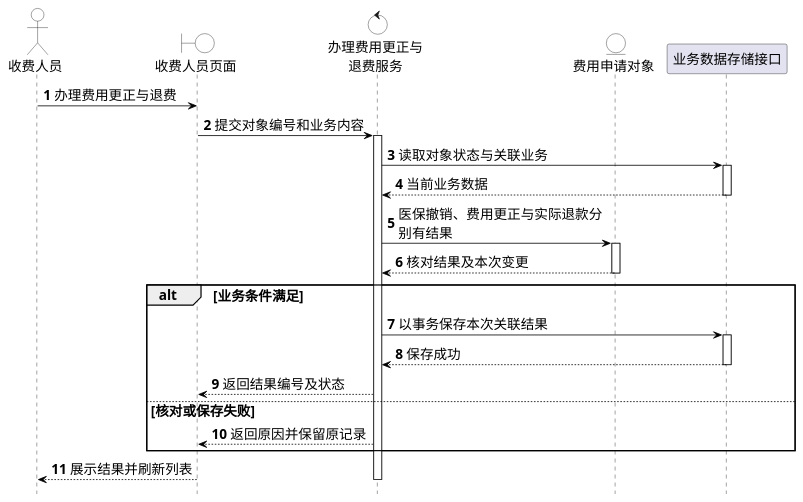
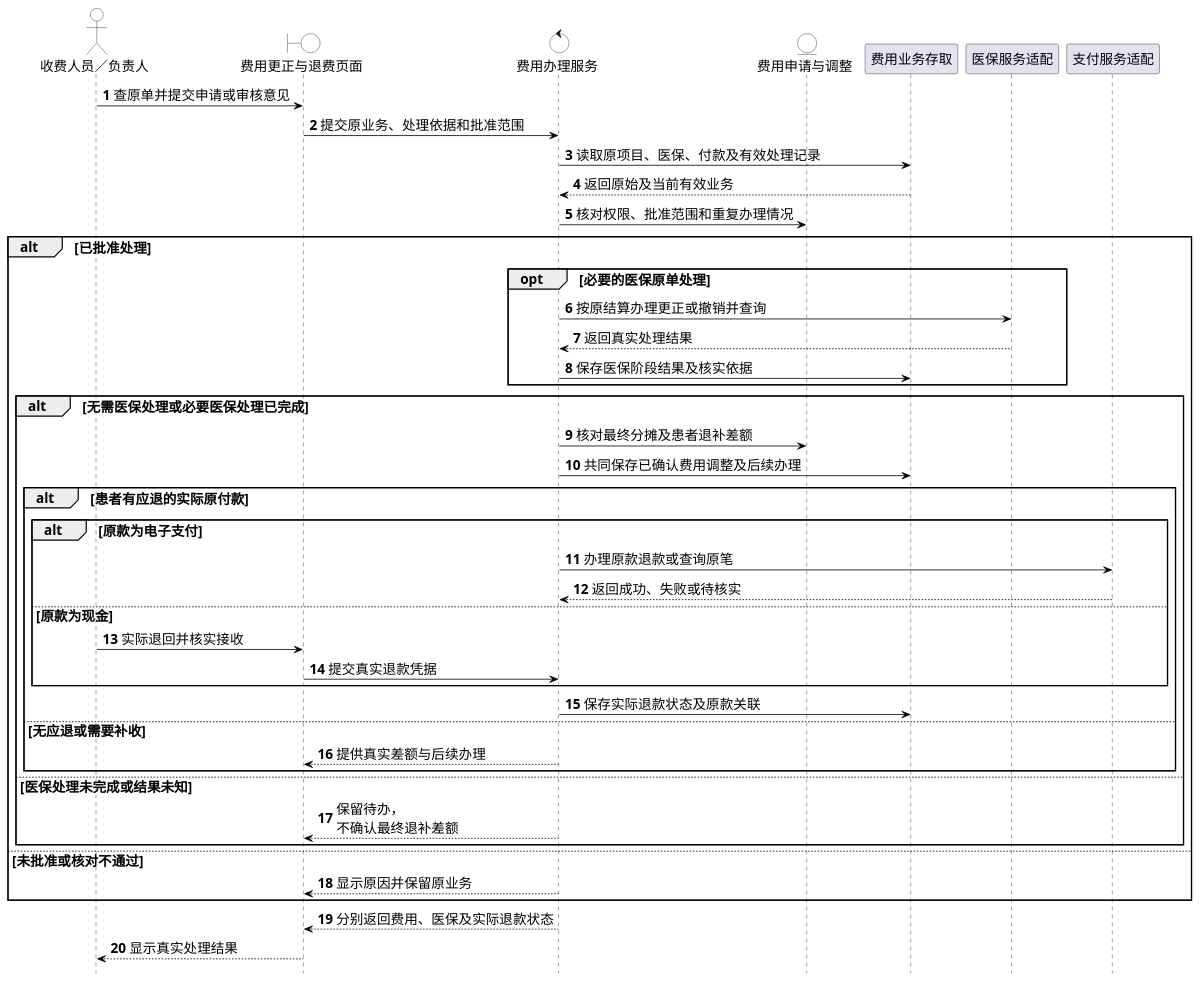
One commit to Shawmc-creator/systemAnalyseAndDesign changed the diagram in 01-需求文档/diagrams/integrated-20261019/design-seq-14.puml. Above: the diagram before and after it, drawn with PlantUML. The commit also changed 53 other files, not shown here.

```diff
--- a/01-需求文档/diagrams/integrated-20261019/design-seq-14.puml
+++ b/01-需求文档/diagrams/integrated-20261019/design-seq-14.puml
@@ -1,48 +1,62 @@
 @startuml
 skinparam backgroundColor white
 skinparam shadowing false
 skinparam defaultFontName SimSun
 skinparam defaultFontSize 17
 skinparam ArrowColor black
 skinparam ClassBackgroundColor white
 skinparam ActorBackgroundColor white
 skinparam BoundaryBackgroundColor white
 skinparam ControlBackgroundColor white
 skinparam EntityBackgroundColor white
 skinparam NoteBackgroundColor white
 skinparam NoteBorderColor black
 skinparam classAttributeIconSize 0
 skinparam nodesep 24
 skinparam ranksep 34
 hide footbox
 autonumber
-skinparam maxMessageSize 150
-actor "收费人员" as A
-boundary "收费人员页面" as P
-control "办理费用更正与\n退费服务" as S
-entity "费用申请对象" as E
-participant "业务数据存储接口" as R
-A -> P : 办理费用更正与退费
-P -> S : 提交对象编号和业务内容
-activate S
-S -> R : 读取对象状态与关联业务
-activate R
-R --> S : 当前业务数据
-deactivate R
-S -> E : 医保撤销、费用更正与实际退款分\n别有结果
-activate E
-E --> S : 核对结果及本次变更
-deactivate E
-alt 业务条件满足
-S -> R : 以事务保存本次关联结果
-activate R
-R --> S : 保存成功
-deactivate R
-S --> P : 返回结果编号及状态
-else 核对或保存失败
-S --> P : 返回原因并保留原记录
+skinparam maxMessageSize 145
+actor "收费人员／负责人" as A
+boundary "费用更正与退费页面" as P
+control "费用办理服务" as S
+entity "费用申请与调整" as C
+participant "费用业务存取" as R
+participant "医保服务适配" as I
+participant "支付服务适配" as Pay
+A -> P : 查原单并提交申请或审核意见
+P -> S : 提交原业务、处理依据和批准范围
+S -> R : 读取原项目、医保、付款及有效处理记录
+R --> S : 返回原始及当前有效业务
+S -> C : 核对权限、批准范围和重复办理情况
+alt 已批准处理
+ opt 必要的医保原单处理
+  S -> I : 按原结算办理更正或撤销并查询
+  I --> S : 返回真实处理结果
+  S -> R : 保存医保阶段结果及核实依据
+ end
+ alt 无需医保处理或必要医保处理已完成
+  S -> C : 核对最终分摊及患者退补差额
+  S -> R : 共同保存已确认费用调整及后续办理
+  alt 患者有应退的实际原付款
+   alt 原款为电子支付
+    S -> Pay : 办理原款退款或查询原笔
+    Pay --> S : 返回成功、失败或待核实
+   else 原款为现金
+    A -> P : 实际退回并核实接收
+    P -> S : 提交真实退款凭据
+   end
+   S -> R : 保存实际退款状态及原款关联
+  else 无应退或需要补收
+   S --> P : 提供真实差额与后续办理
+  end
+ else 医保处理未完成或结果未知
+  S --> P : 保留待办，不确认最终退补差额
+ end
+else 未批准或核对不通过
+ S --> P : 显示原因并保留原业务
 end
-P --> A : 展示结果并刷新列表
-deactivate S
+S --> P : 分别返回费用、医保及实际退款状态
+P --> A : 显示真实处理结果
 
 @enduml
```
